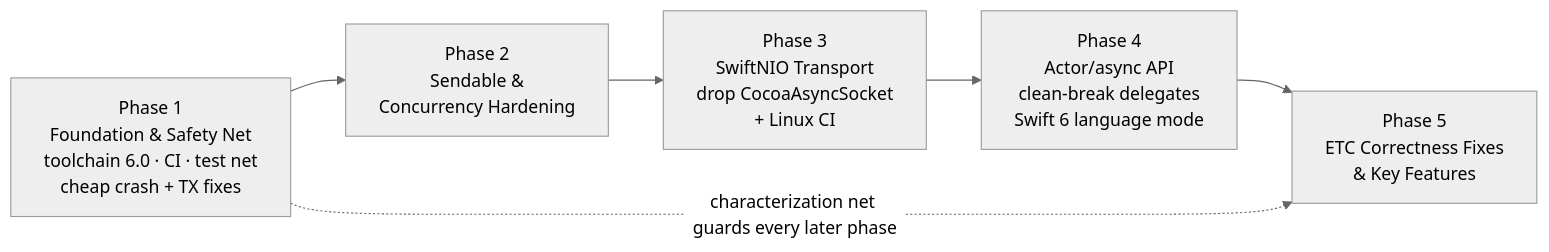
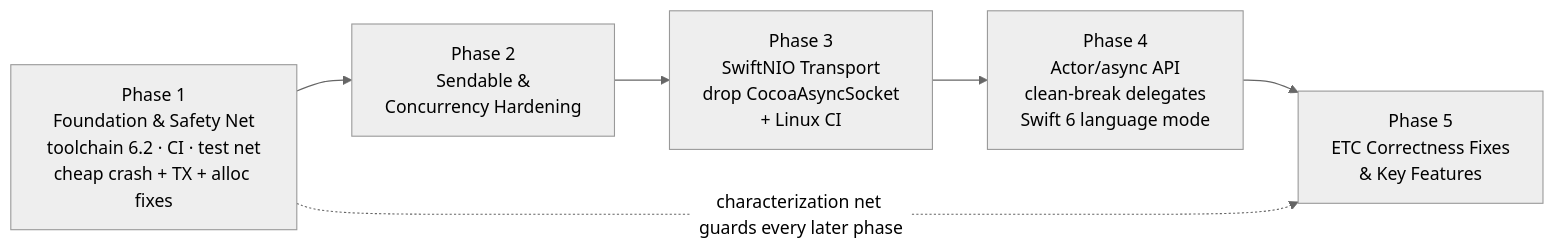
Before and after one commit to dsmurfin/sACNKit: the diagram in MODERNIZATION.md, drawn with Mermaid (neutral theme). The commit also changed other lines of this file and 6 other files, not shown here.

````diff
--- a/MODERNIZATION.md
+++ b/MODERNIZATION.md
@@ -109,10 +136,10 @@
 ```mermaid
 graph LR
-    P1["Phase 1<br/>Foundation & Safety Net<br/>toolchain 6.0 · CI · test net<br/>cheap crash + TX fixes"]
+    P1["Phase 1<br/>Foundation & Safety Net<br/>toolchain 6.2 · CI · test net<br/>cheap crash + TX + alloc fixes"]
     P2["Phase 2<br/>Sendable &<br/>Concurrency Hardening"]
     P3["Phase 3<br/>SwiftNIO Transport<br/>drop CocoaAsyncSocket<br/>+ Linux CI"]
     P4["Phase 4<br/>Actor/async API<br/>clean-break delegates<br/>Swift 6 language mode"]
     P5["Phase 5<br/>ETC Correctness Fixes<br/>& Key Features"]
     P1 --> P2 --> P3 --> P4 --> P5
     P1 -. "characterization net guards every later phase" .-> P5
 ```
````
